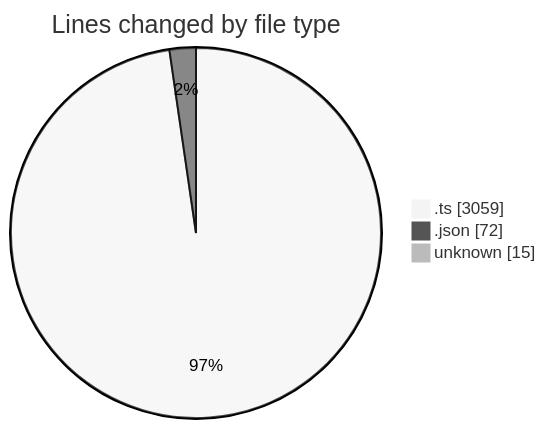
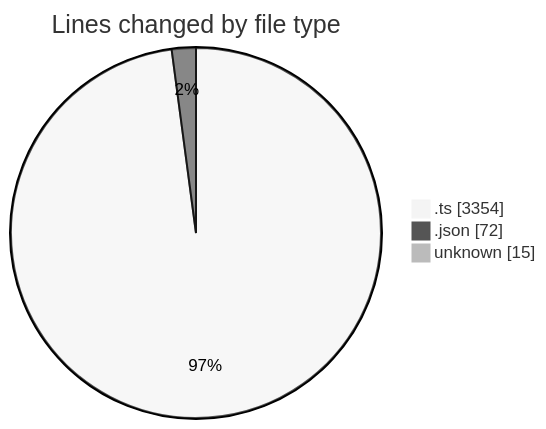
Before and after one commit to lephambinh05/code-tracking: the first of 2 diagrams in 2025-09-10/hiai-phf/README.md, drawn with Mermaid (neutral theme). The commit also changed other lines of this file and 1 other file, not shown here.

````diff
--- a/2025-09-10/hiai-phf/README.md
+++ b/2025-09-10/hiai-phf/README.md
@@ -29,7 +29,7 @@
 ```mermaid
 pie showData
 title Lines changed by file type
-".ts" : 3059
+".ts" : 3354
 ".json" : 72
 "unknown" : 15
 ```
````
